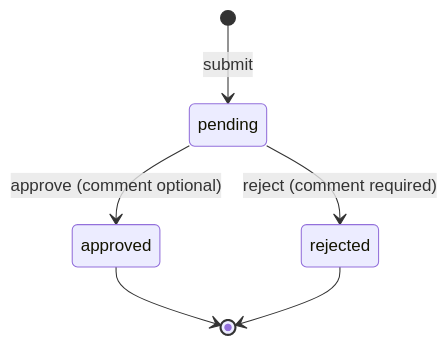
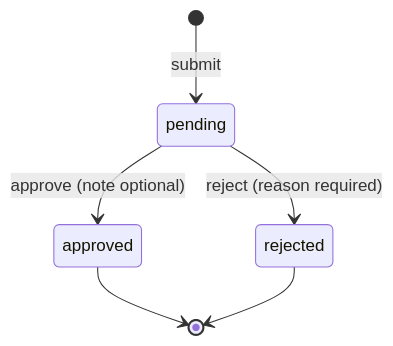
The second of 5 diagrams in README.md (parthCrafts/deskreview), drawn with Mermaid before and after one commit. The commit also changed other lines of this file, not shown here.

Commit message:
docs: rewrite README around project overview, setup and flow diagrams

````diff
--- a/README.md
+++ b/README.md
@@ -166,8 +151,8 @@
 ```mermaid
 stateDiagram-v2
     [*] --> pending: submit
-    pending --> approved: approve (comment optional)
-    pending --> rejected: reject (comment required)
+    pending --> approved: approve (note optional)
+    pending --> rejected: reject (reason required)
     approved --> [*]
     rejected --> [*]
 ```
````
